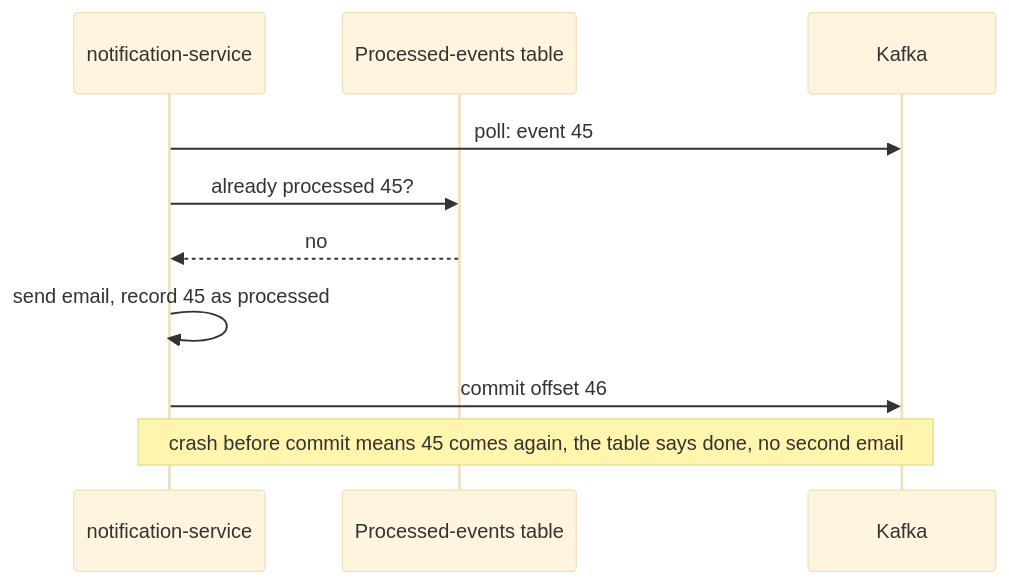
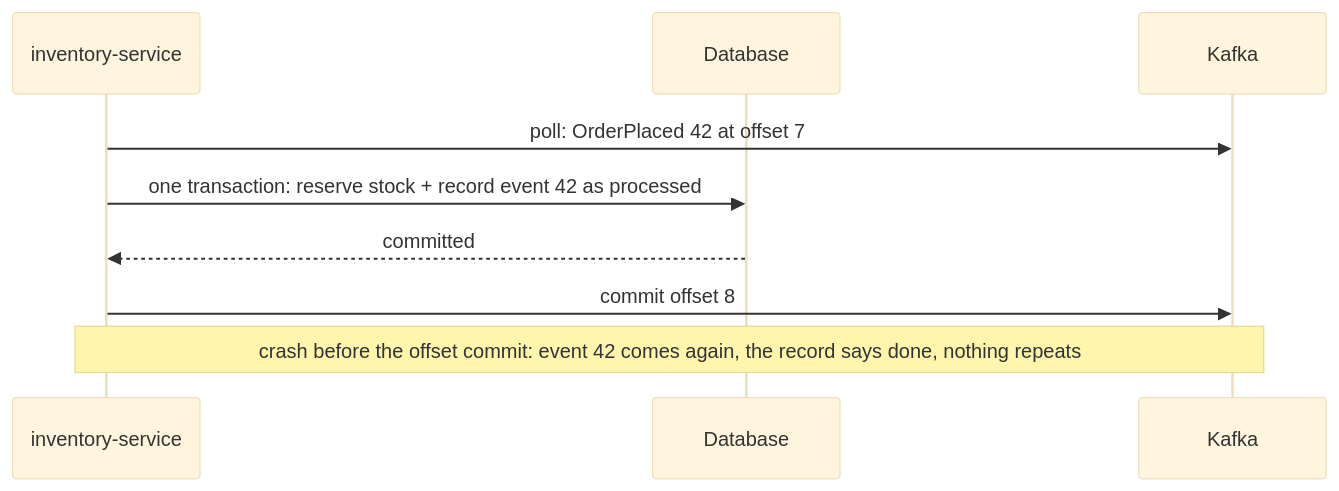
One commit to jubin-techwiz/learning changed the second of 2 diagrams in notes/02-messaging/02-kafka/05-offset-commits-delivery-guarantees.md. Above: the diagram before and after it, drawn with Mermaid (base theme). The commit also changed other lines of this file and 37 other files, not shown here.

````diff
--- a/notes/02-messaging/02-kafka/05-offset-commits-delivery-guarantees.md
+++ b/notes/02-messaging/02-kafka/05-offset-commits-delivery-guarantees.md
@@ -49,12 +76,11 @@
 ```mermaid
 sequenceDiagram
-    participant C as notification-service
-    participant D as Processed-events table
+    participant C as inventory-service
+    participant D as Database
     participant K as Kafka
-    C->>K: poll: event 45
-    C->>D: already processed 45?
-    D-->>C: no
-    C->>C: send email, record 45 as processed
-    C->>K: commit offset 46
-    Note over C,K: crash before commit means 45 comes again, the table says done, no second email
+    C->>K: poll: OrderPlaced 42 at offset 7
+    C->>D: one transaction: reserve stock + record event 42 as processed
+    D-->>C: committed
+    C->>K: commit offset 8
+    Note over C,K: crash before the offset commit: event 42 comes again, the record says done, nothing repeats
 ```
````
